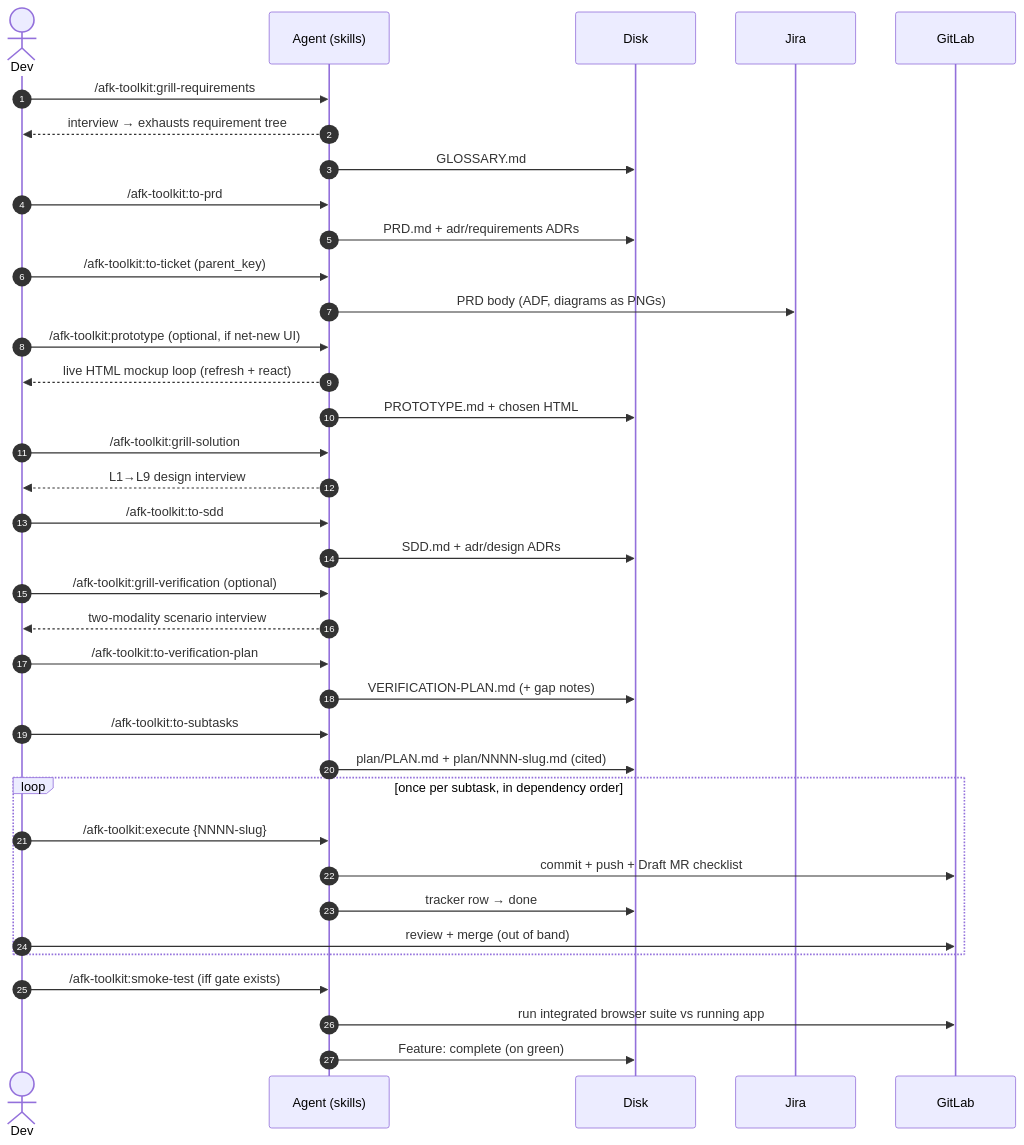
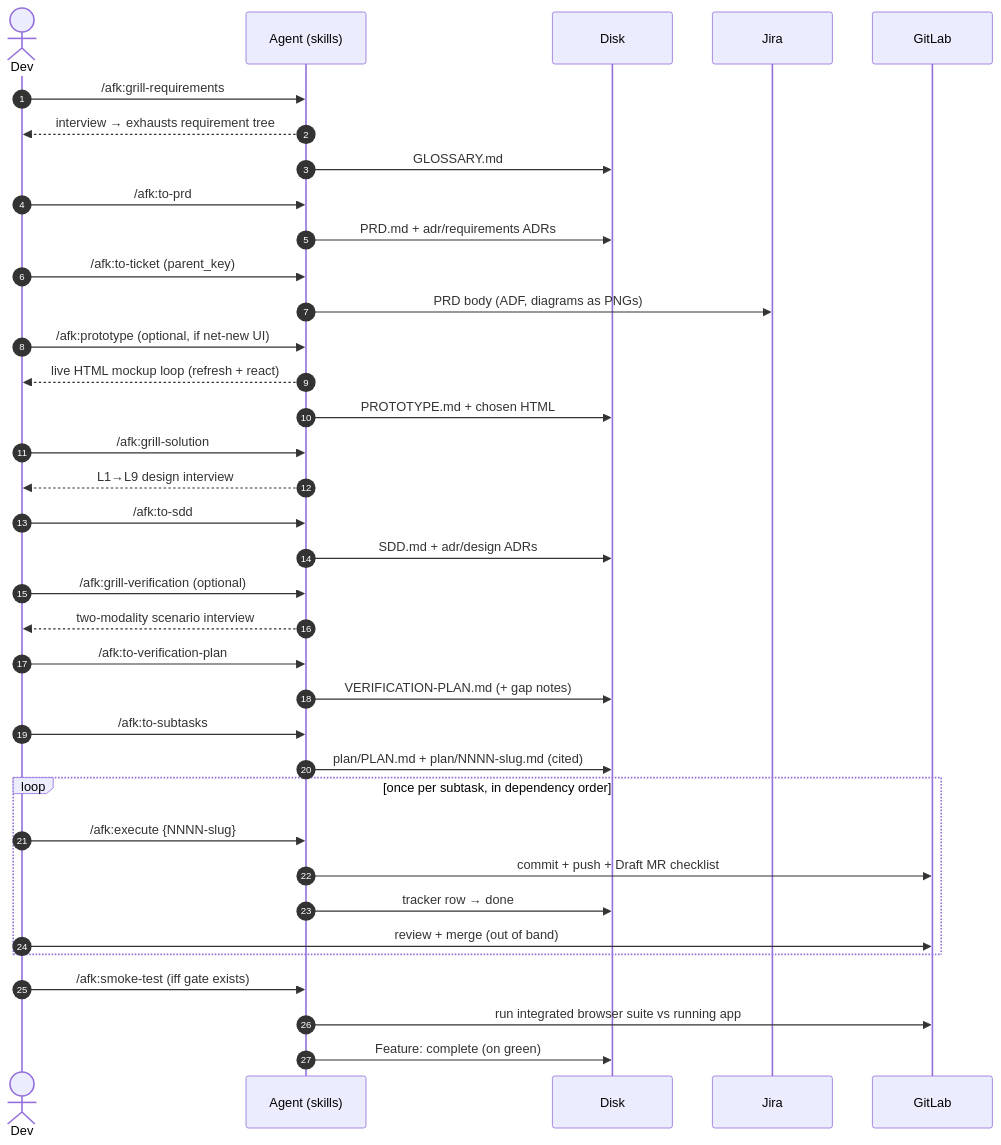
The third of 6 diagrams in README.md (midnightblur/afk-driver), drawn with Mermaid before and after one commit. The commit also changed other lines of this file and 102 other files, not shown here.

````diff
--- a/README.md
+++ b/README.md
@@ -274,39 +274,39 @@
 ```mermaid
 sequenceDiagram
     autonumber
     actor Dev
     participant CC as Agent (skills)
     participant Disk as Disk
     participant Jira as Jira
     participant GL as GitLab
 
-    Dev->>CC: /afk-toolkit:grill-requirements
+    Dev->>CC: /afk:grill-requirements
     CC-->>Dev: interview → exhausts requirement tree
     CC->>Disk: GLOSSARY.md
-    Dev->>CC: /afk-toolkit:to-prd
+    Dev->>CC: /afk:to-prd
     CC->>Disk: PRD.md + adr/requirements ADRs
-    Dev->>CC: /afk-toolkit:to-ticket (parent_key)
+    Dev->>CC: /afk:to-ticket (parent_key)
     CC->>Jira: PRD body (ADF, diagrams as PNGs)
-    Dev->>CC: /afk-toolkit:prototype (optional, if net-new UI)
+    Dev->>CC: /afk:prototype (optional, if net-new UI)
     CC-->>Dev: live HTML mockup loop (refresh + react)
     CC->>Disk: PROTOTYPE.md + chosen HTML
-    Dev->>CC: /afk-toolkit:grill-solution
+    Dev->>CC: /afk:grill-solution
     CC-->>Dev: L1→L9 design interview
-    Dev->>CC: /afk-toolkit:to-sdd
+    Dev->>CC: /afk:to-sdd
     CC->>Disk: SDD.md + adr/design ADRs
-    Dev->>CC: /afk-toolkit:grill-verification (optional)
+    Dev->>CC: /afk:grill-verification (optional)
     CC-->>Dev: two-modality scenario interview
-    Dev->>CC: /afk-toolkit:to-verification-plan
+    Dev->>CC: /afk:to-verification-plan
     CC->>Disk: VERIFICATION-PLAN.md (+ gap notes)
-    Dev->>CC: /afk-toolkit:to-subtasks
+    Dev->>CC: /afk:to-subtasks
     CC->>Disk: plan/PLAN.md + plan/NNNN-slug.md (cited)
     loop once per subtask, in dependency order
-        Dev->>CC: /afk-toolkit:execute {NNNN-slug}
+        Dev->>CC: /afk:execute {NNNN-slug}
         CC->>GL: commit + push + Draft MR checklist
         CC->>Disk: tracker row → done
         Dev->>GL: review + merge (out of band)
     end
-    Dev->>CC: /afk-toolkit:smoke-test (iff gate exists)
+    Dev->>CC: /afk:smoke-test (iff gate exists)
     CC->>GL: run integrated browser suite vs running app
     CC->>Disk: Feature: complete (on green)
 ```
````
